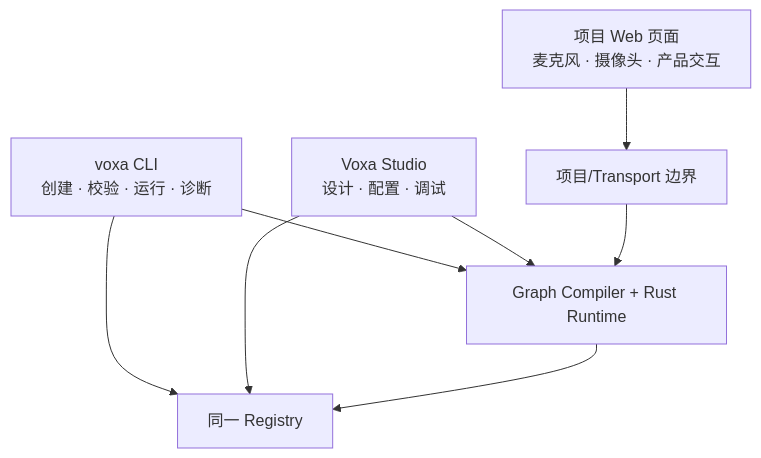
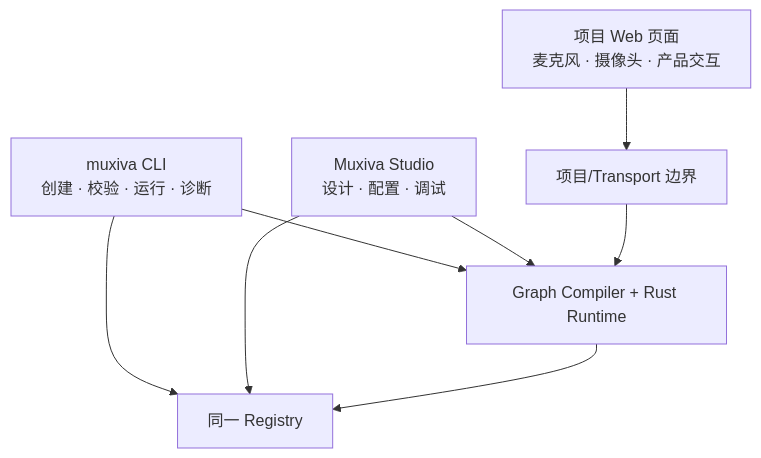
One commit to PiyotaHu/Voxa changed the diagram in docs/site/zh/developer-surfaces.md. Above: the diagram before and after it, drawn with Mermaid. The commit also changed other lines of this file and 509 other files, not shown here.

````diff
--- a/docs/site/zh/developer-surfaces.md
+++ b/docs/site/zh/developer-surfaces.md
@@ -7,10 +7,10 @@
 ```mermaid
 flowchart TB
-    CLI["voxa CLI<br/>创建 · 校验 · 运行 · 诊断"] --> CORE["Graph Compiler + Rust Runtime"]
-    STUDIO["Voxa Studio<br/>设计 · 配置 · 调试"] --> CORE
+    CLI["muxiva CLI<br/>创建 · 校验 · 运行 · 诊断"] --> CORE["Graph Compiler + Rust Runtime"]
+    STUDIO["Muxiva Studio<br/>设计 · 配置 · 调试"] --> CORE
     WEB["项目 Web 页面<br/>麦克风 · 摄像头 · 产品交互"] --> API["项目/Transport 边界"]
     API --> CORE
     CLI --> REG["同一 Registry"]
     STUDIO --> REG
     CORE --> REG
 ```
````
